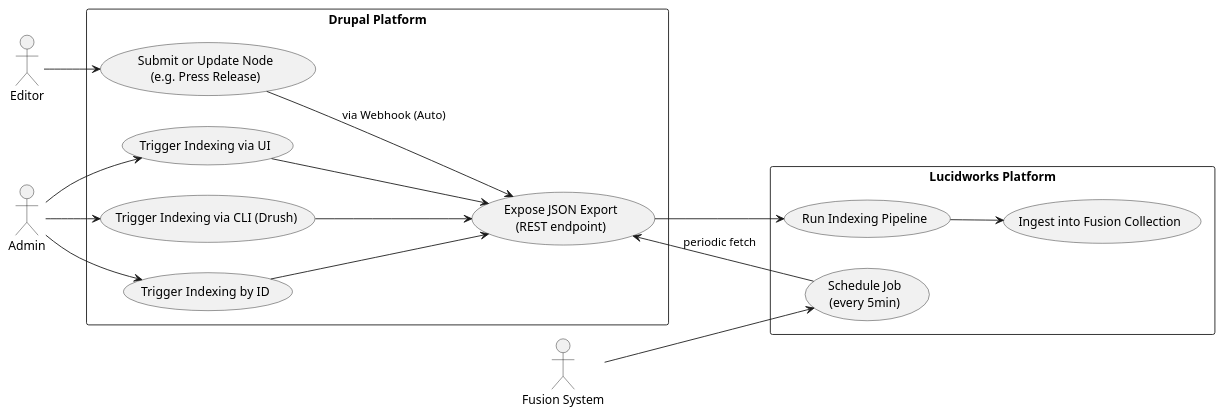
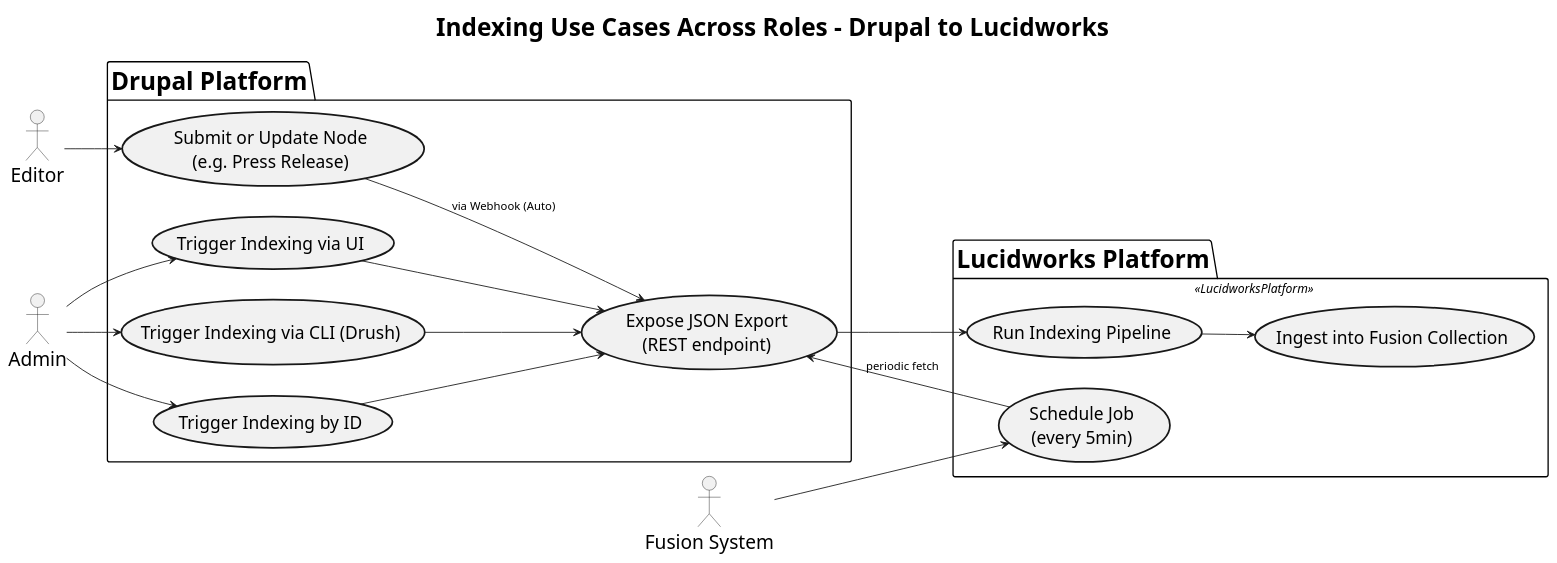
Before and after one commit to edutrul/PlantUMLExercises: the diagram in lucidworks/use-case/UC-001--indexing-use-cases.puml, drawn with PlantUML.

Commit message:
Add styles

```diff
--- a/lucidworks/use-case/UC-001--indexing-use-cases.puml
+++ b/lucidworks/use-case/UC-001--indexing-use-cases.puml
@@ -1,49 +1,66 @@
 @startuml
 
-/'
+/' 
 @id: UC-001
 @file: UC-001--indexing-use-cases.puml
 @title: Indexing Roles and Actions
 @type: usecase
 @description: Describes how different actors (Editor, Admin, Fusion System) interact with the indexing flow from Drupal to Lucidworks.
 @related: ING-001, ING-005, ING-006
 '/
 
+<style>
+  title {
+    FontSize 28
+  }
+  actor {
+    FontSize 22
+    FontColor black
+  }
+  usecase {
+    FontSize 20
+    LineThickness 2
+    Padding 8
+  }
+
+</style>
+
+title Indexing Use Cases Across Roles – Drupal to Lucidworks
+
 left to right direction
-skinparam packageStyle rectangle
 
 actor Editor
 actor Admin
 actor "Fusion System" as Fusion
 
-rectangle "Drupal Platform" {
+package "Drupal Platform" as DrupalPlatform {
   usecase "Submit or Update Node\n(e.g. Press Release)" as UC1
   usecase "Trigger Indexing via UI" as UC2
   usecase "Trigger Indexing via CLI (Drush)" as UC3
   usecase "Trigger Indexing by ID" as UC4
   usecase "Expose JSON Export\n(REST endpoint)" as UC6
 }
 
-rectangle "Lucidworks Platform" {
+package "Lucidworks Platform" as LucidworksPlatform <<LucidworksPlatform>> {
   usecase "Schedule Job\n(every 5min)" as UC5
   usecase "Run Indexing Pipeline" as UC7
   usecase "Ingest into Fusion Collection" as UC8
 }
 
 Editor --> UC1
 UC1 --> UC6 : via Webhook (Auto)
 
 Admin --> UC2
 Admin --> UC3
 Admin --> UC4
 UC2 --> UC6
 UC3 --> UC6
 UC4 --> UC6
 
 Fusion --> UC5
 UC5 --> UC6 : periodic fetch
 
 UC6 --> UC7
 UC7 --> UC8
 
 @enduml
```
